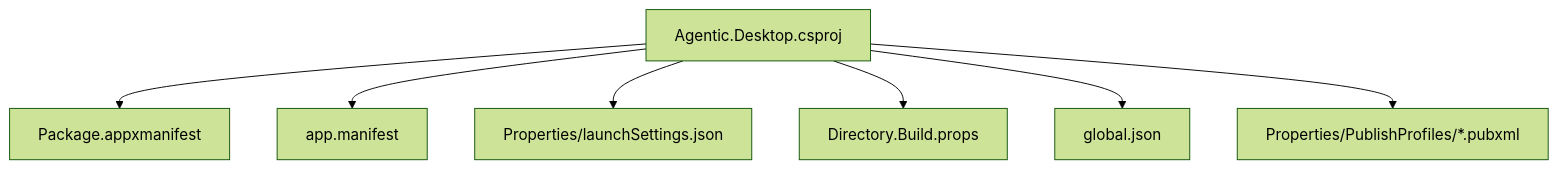
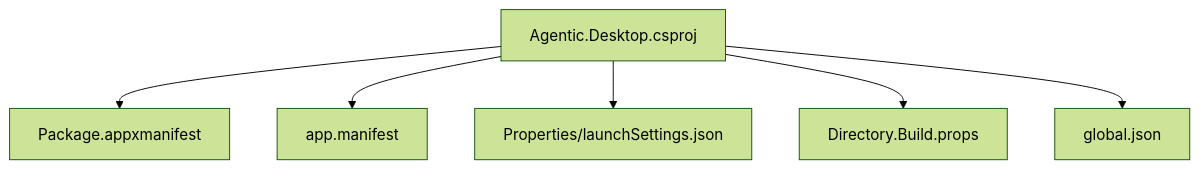
One commit to AgenticDesktop/App changed the first of 3 diagrams in .qoder/repowiki/zh/content/开发指南/项目结构/项目配置.md. Above: the diagram before and after it, drawn with Mermaid (forest theme). The commit also changed other lines of this file and 108 other files, not shown here.

````diff
--- a/.qoder/repowiki/zh/content/开发指南/项目结构/项目配置.md
+++ b/.qoder/repowiki/zh/content/开发指南/项目结构/项目配置.md
@@ -42,9 +45,8 @@
 ```mermaid
 graph TB
 A["Agentic.Desktop.csproj"] --> B["Package.appxmanifest"]
 A --> C["app.manifest"]
 A --> D["Properties/launchSettings.json"]
 A --> E["Directory.Build.props"]
 A --> F["global.json"]
-A --> G["Properties/PublishProfiles/*.pubxml"]
 ```
````
